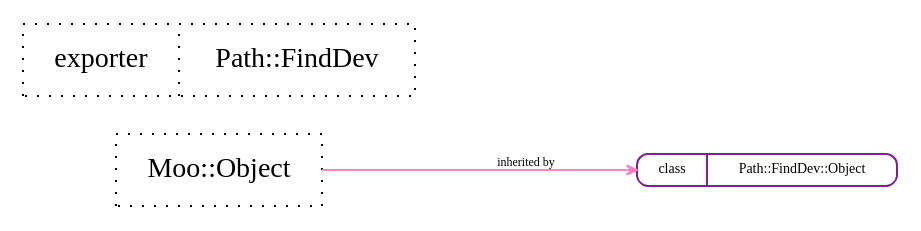
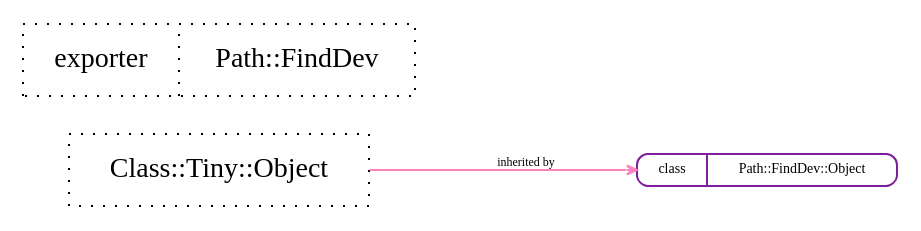
Before and after one commit to kentnl/Path-FindDev: the diagram in layout/self_structure.dot, drawn with Graphviz. The commit also changed 1 other file, not shown here.

```diff
--- a/layout/self_structure.dot
+++ b/layout/self_structure.dot
@@ -1,9 +1,9 @@
 strict digraph Perl {
 	graph [compound=1, concentrate=1, overlap=false, rankdir=LR, ranksep=1, smoothing=triangle, splines=spline];
 	node [label="\N", shape=record, style=dotted];
 	edge [minlen=1];
-	"Moo::Object" [label="<port1> Moo::Object"];
+	"Class::Tiny::Object" [label="<port1> Class::Tiny::Object"];
 	"Path::FindDev" [label="{{<port1> exporter}|<port2> Path::FindDev}"];
 	"Path::FindDev::Object" [label="{{<port1> class}|<port2> Path::FindDev::Object}", shape=Mrecord, style=solid, color="#7e1e9c", fontsize=7, height="0.1"];
-	"Moo::Object" -> "Path::FindDev::Object" [arrowhead=open, arrowsize="0.5", color="#ff81c0", dir=forward, fontsize=6, headclip=1, label="inherited by", samehead=head, tailclip=1, weight=10];
+	"Class::Tiny::Object" -> "Path::FindDev::Object" [arrowhead=open, arrowsize="0.5", color="#ff81c0", dir=forward, fontsize=6, headclip=1, label="inherited by", samehead=head, tailclip=1, weight=10];
 }
```
